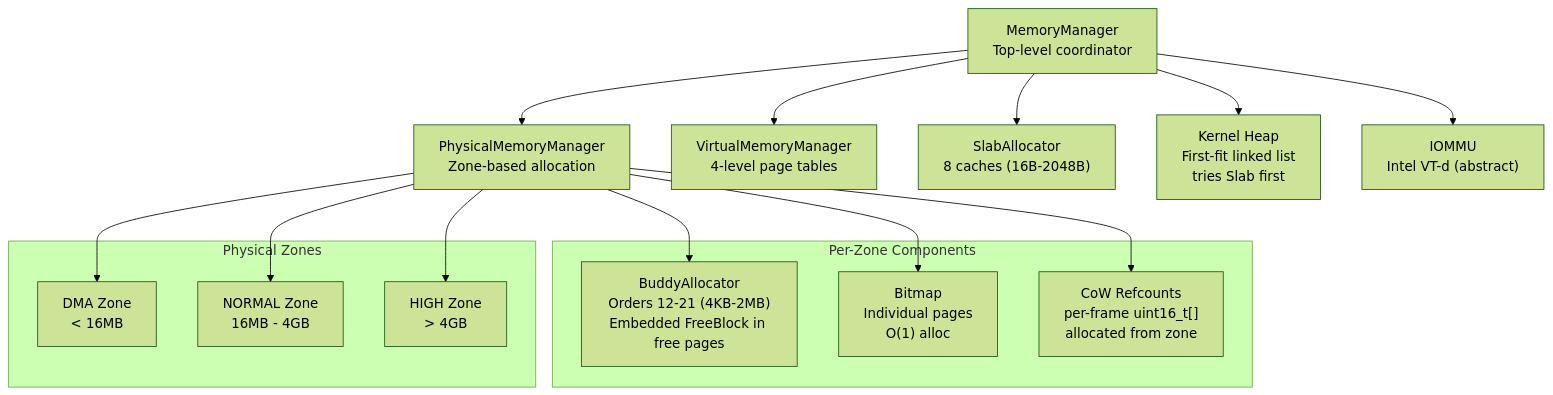
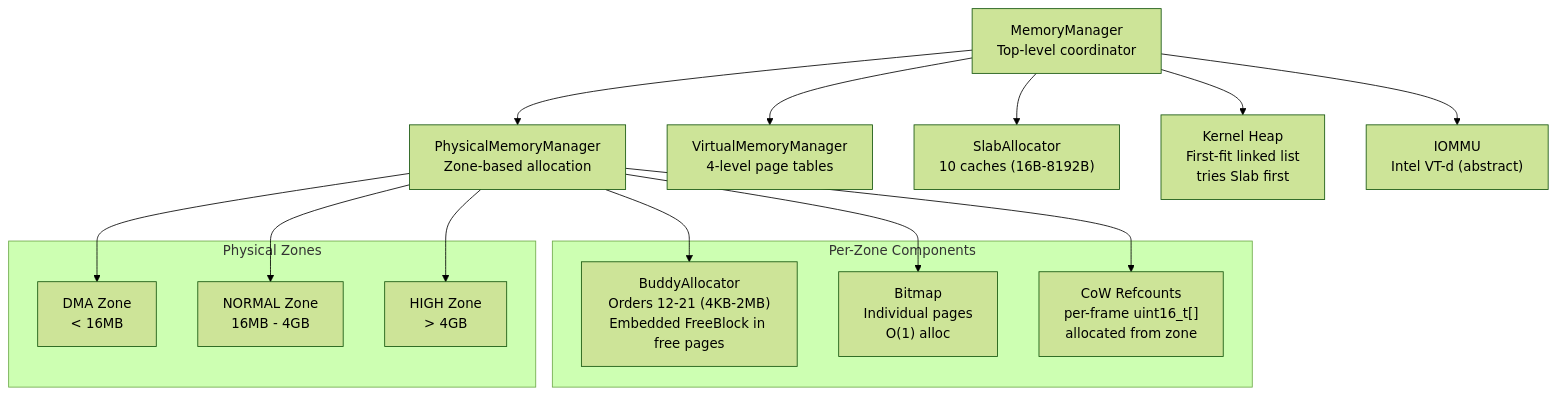
One commit to KitsuneBSD/FKernel changed the first of 8 diagrams in Docs/Domains/memory-management-guide.md. Above: the diagram before and after it, drawn with Mermaid (forest theme). The commit also changed other lines of this file and 25 other files, not shown here.

````diff
--- a/Docs/Domains/memory-management-guide.md
+++ b/Docs/Domains/memory-management-guide.md
@@ -9,33 +9,33 @@
 ```mermaid
 flowchart TD
     MM["MemoryManager<br/>Top-level coordinator"]
     PMM["PhysicalMemoryManager<br/>Zone-based allocation"]
     VMM["VirtualMemoryManager<br/>4-level page tables"]
-    SLAB["SlabAllocator<br/>8 caches (16B-2048B)"]
+    SLAB["SlabAllocator<br/>10 caches (16B-8192B)"]
     HEAP["Kernel Heap<br/>First-fit linked list<br/>tries Slab first"]
     IOMMU["IOMMU<br/>Intel VT-d (abstract)"]
 
     MM --> PMM
     MM --> VMM
     MM --> SLAB
     MM --> HEAP
     MM --> IOMMU
 
     subgraph "Per-Zone Components"
         BUDDY["BuddyAllocator<br/>Orders 12-21 (4KB-2MB)<br/>Embedded FreeBlock in free pages"]
         BITMAP["Bitmap<br/>Individual pages<br/>O(1) alloc"]
         COW["CoW Refcounts<br/>per-frame uint16_t[]<br/>allocated from zone"]
     end
     PMM --> BUDDY
     PMM --> BITMAP
     PMM --> COW
 
     subgraph "Physical Zones"
         Z1["DMA Zone<br/>< 16MB"]
         Z2["NORMAL Zone<br/>16MB - 4GB"]
         Z3["HIGH Zone<br/>> 4GB"]
     end
     PMM --> Z1
     PMM --> Z2
     PMM --> Z3
 ```
````
